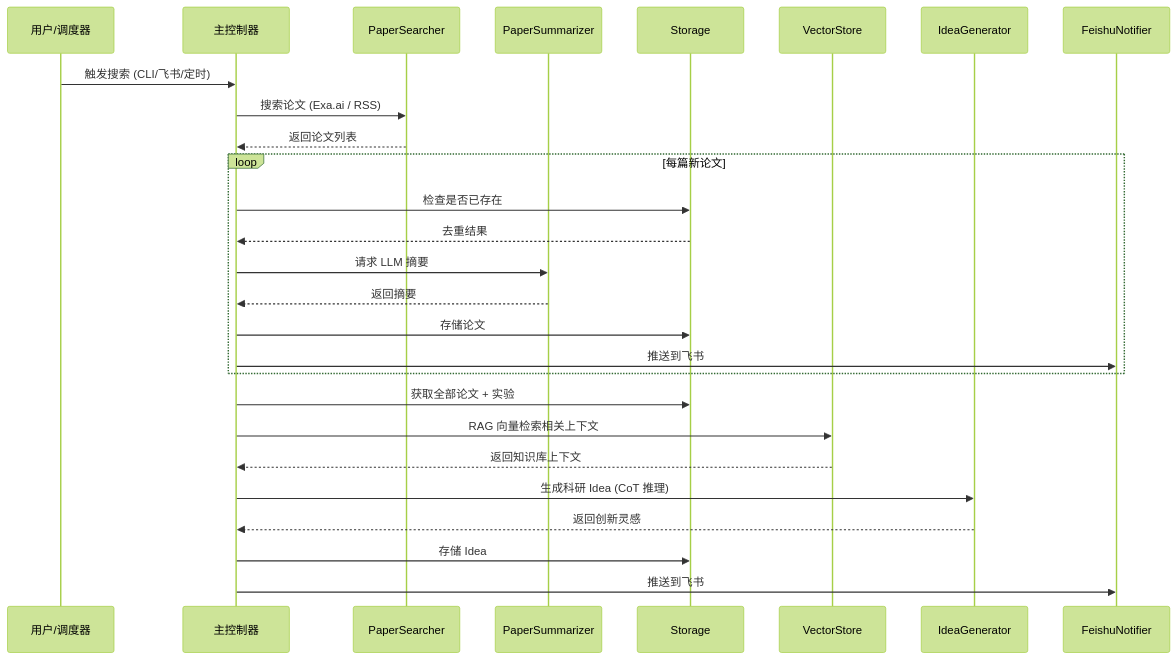
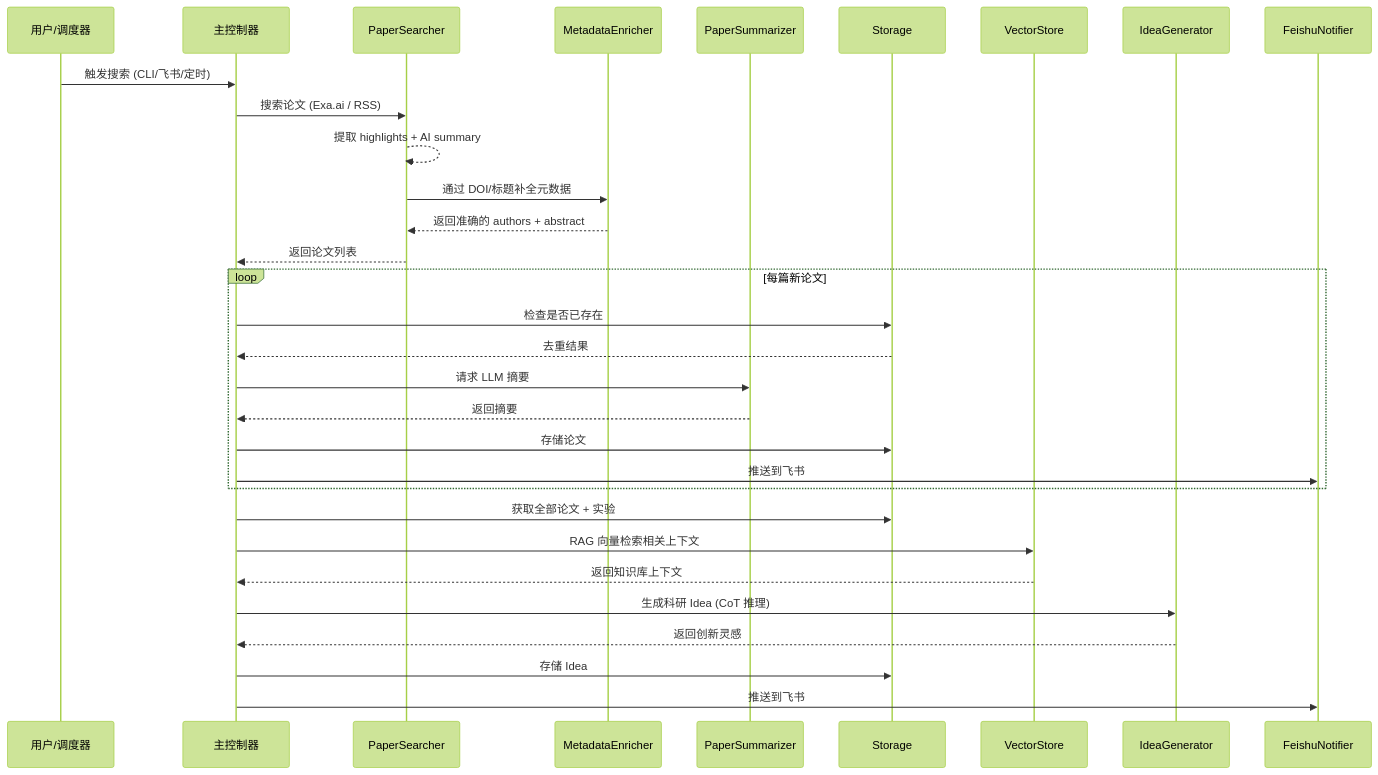
The second of 2 diagrams in README.md (Zyleiver/OptoAgent), drawn with Mermaid (forest theme) before and after one commit. The commit also changed other lines of this file and 4 other files, not shown here.

````diff
--- a/README.md
+++ b/README.md
@@ -101,32 +108,36 @@
 ```mermaid
 sequenceDiagram
     participant U as 用户/调度器
     participant M as 主控制器
     participant S as PaperSearcher
+    participant ME as MetadataEnricher
     participant SM as PaperSummarizer
     participant ST as Storage
     participant VS as VectorStore
     participant IG as IdeaGenerator
     participant N as FeishuNotifier
 
     U->>M: 触发搜索 (CLI/飞书/定时)
     M->>S: 搜索论文 (Exa.ai / RSS)
+    S-->>S: 提取 highlights + AI summary
+    S->>ME: 通过 DOI/标题补全元数据
+    ME-->>S: 返回准确的 authors + abstract
     S-->>M: 返回论文列表
 
     loop 每篇新论文
         M->>ST: 检查是否已存在
         ST-->>M: 去重结果
         M->>SM: 请求 LLM 摘要
         SM-->>M: 返回摘要
         M->>ST: 存储论文
         M->>N: 推送到飞书
     end
 
     M->>ST: 获取全部论文 + 实验
     M->>VS: RAG 向量检索相关上下文
     VS-->>M: 返回知识库上下文
     M->>IG: 生成科研 Idea (CoT 推理)
     IG-->>M: 返回创新灵感
     M->>ST: 存储 Idea
     M->>N: 推送到飞书
 ```
````
